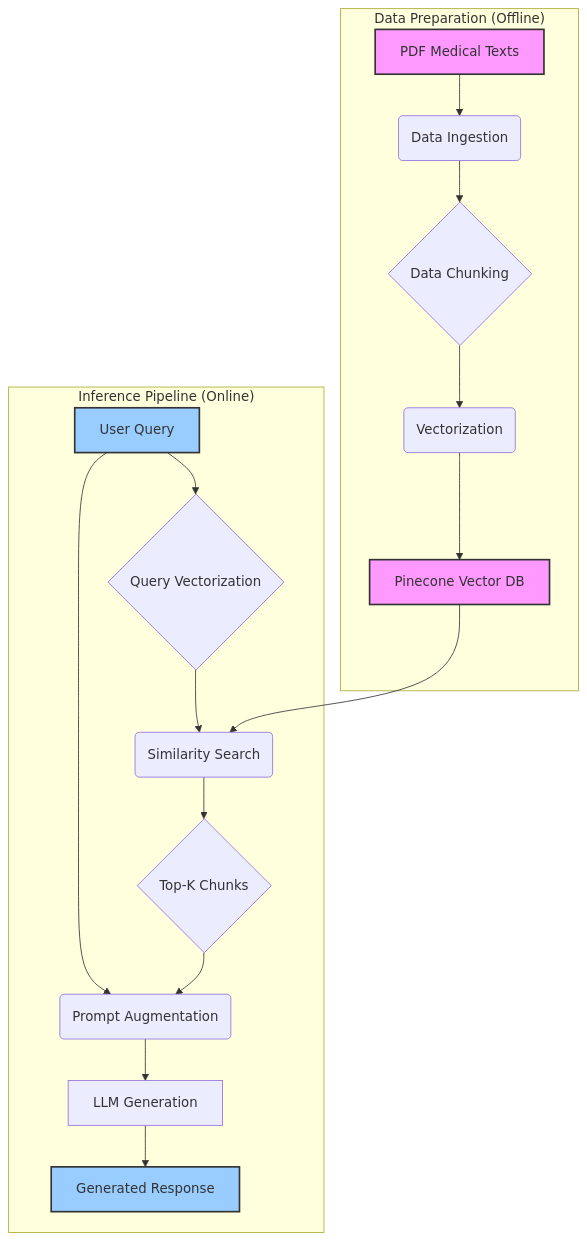
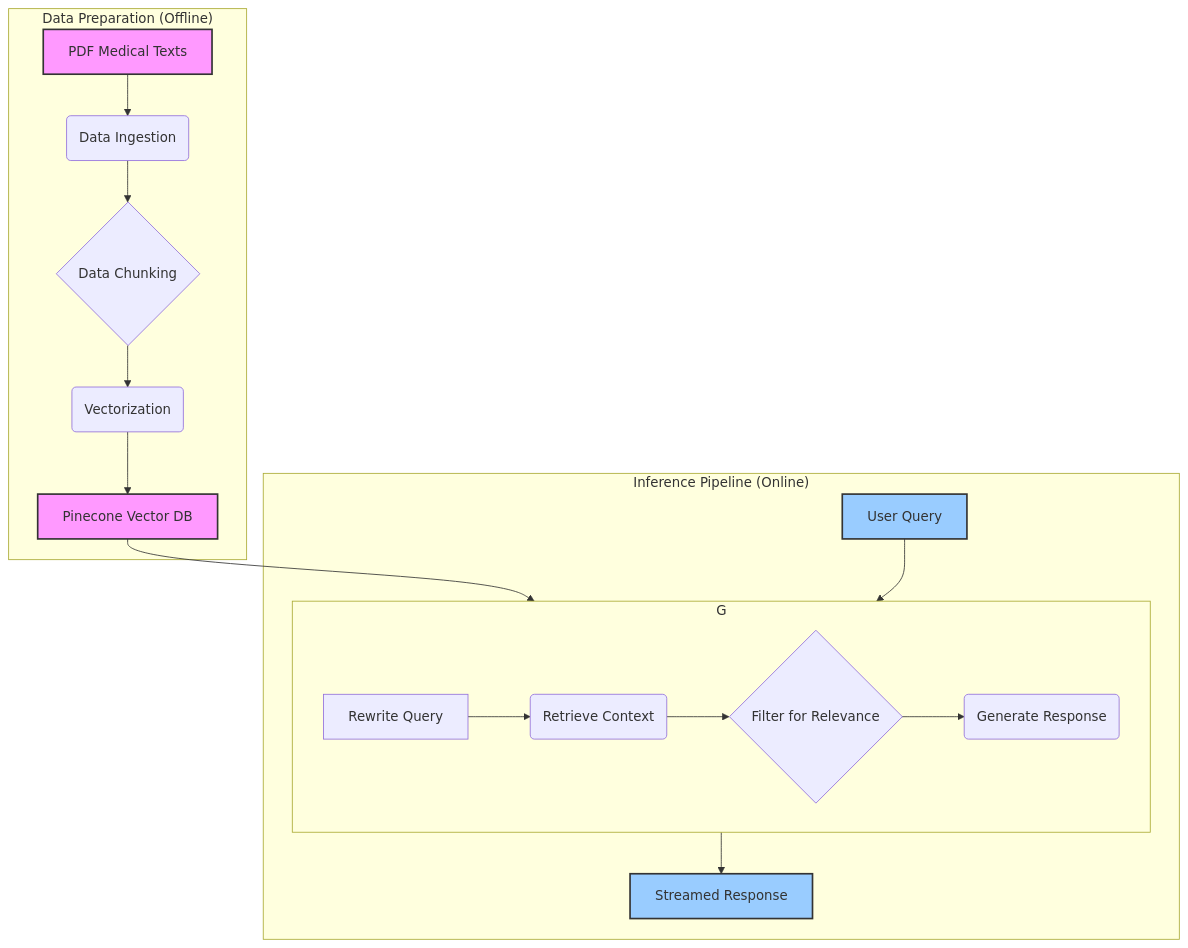
One commit to Jaswanth19-596/MedBot-A-Medical-Chatbot changed the diagram in docs/architecture.md. Above: the diagram before and after it, drawn with Mermaid. The commit also changed other lines of this file and 3 other files, not shown here.

````diff
--- a/docs/architecture.md
+++ b/docs/architecture.md
@@ -17,25 +18,26 @@
 ```mermaid
 graph TD
     subgraph "Data Preparation (Offline)"
         A[PDF Medical Texts] --> B(Data Ingestion);
         B --> C{Data Chunking};
         C --> D(Vectorization);
         D --> E[Pinecone Vector DB];
     end
 
     subgraph "Inference Pipeline (Online)"
-        F[User Query] --> G{Query Vectorization};
-        G --> H(Similarity Search);
-        E --> H;
-        H --> I{Top-K Chunks};
-        I --> J(Prompt Augmentation);
-        F --> J;
-        J --> K[LLM Generation];
-        K --> L[Generated Response];
+        F[User Query] --> G{Agent};
+        subgraph G
+            direction LR
+            H[Rewrite Query] --> I(Retrieve Context);
+            I --> J{Filter for Relevance};
+            J --> K(Generate Response);
+        end
+        E --> I;
+        K --> L[Streamed Response];
     end
 
     style A fill:#f9f,stroke:#333,stroke-width:2px
     style E fill:#f9f,stroke:#333,stroke-width:2px
     style F fill:#9cf,stroke:#333,stroke-width:2px
     style L fill:#9cf,stroke:#333,stroke-width:2px
 ```
````
